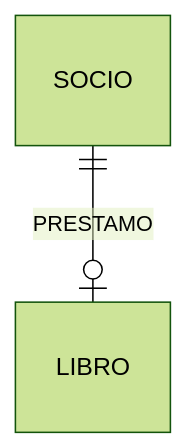
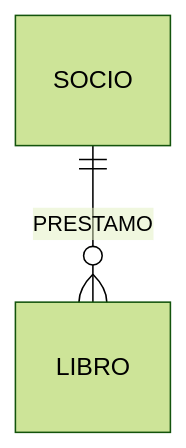
One commit to mmourazos/Curso-2024-2025 changed the eighth of 12 diagrams in docs/GBD/UD 02 - Modelo entidad-relación/Modelo entidad-relación.md. Above: the diagram before and after it, drawn with Mermaid (forest theme). The commit also changed other lines of this file, not shown here.

````diff
--- a/docs/GBD/UD 02 - Modelo entidad-relación/Modelo entidad-relación.md
+++ b/docs/GBD/UD 02 - Modelo entidad-relación/Modelo entidad-relación.md
@@ -146,4 +146,4 @@
 ```mermaid
 erDiagram
-    SOCIO ||--|o LIBRO : PRESTAMO
+    SOCIO ||--o{ LIBRO : PRESTAMO
 ```
````
